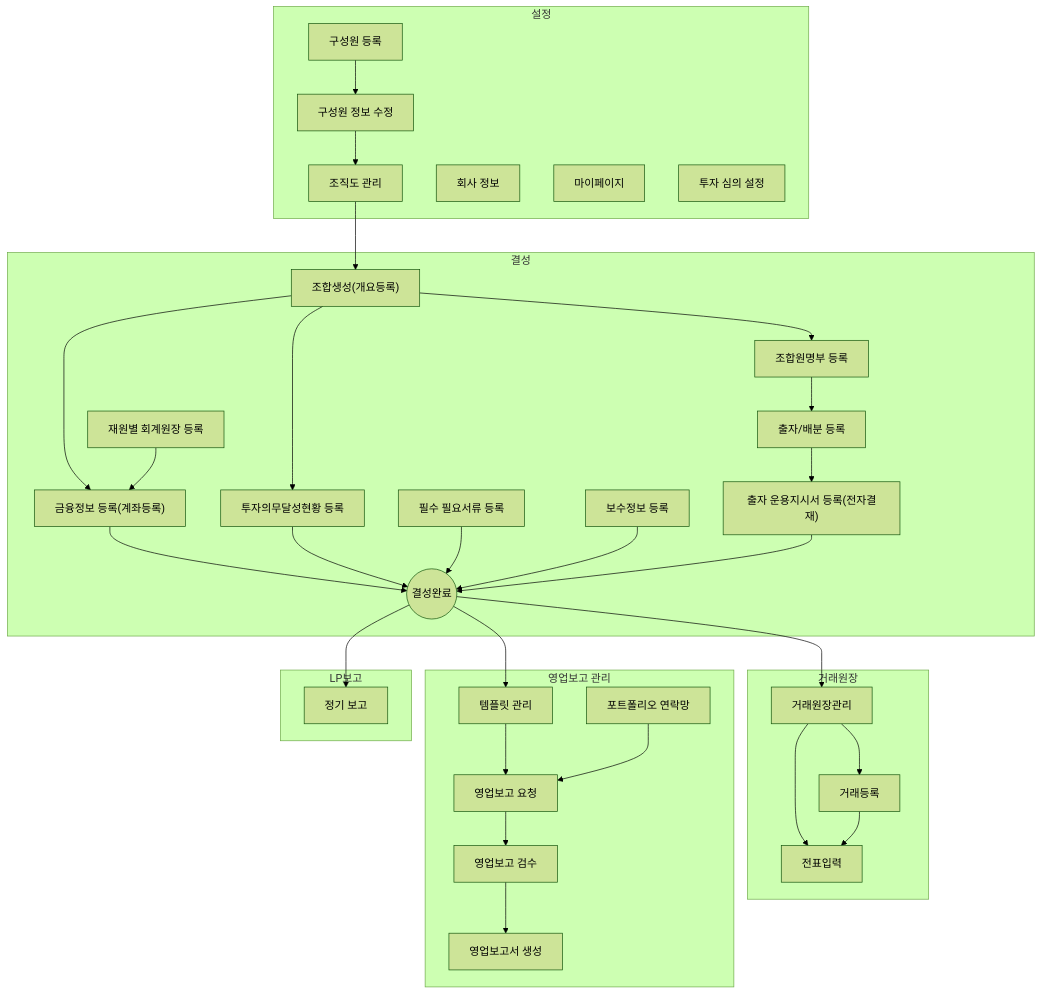
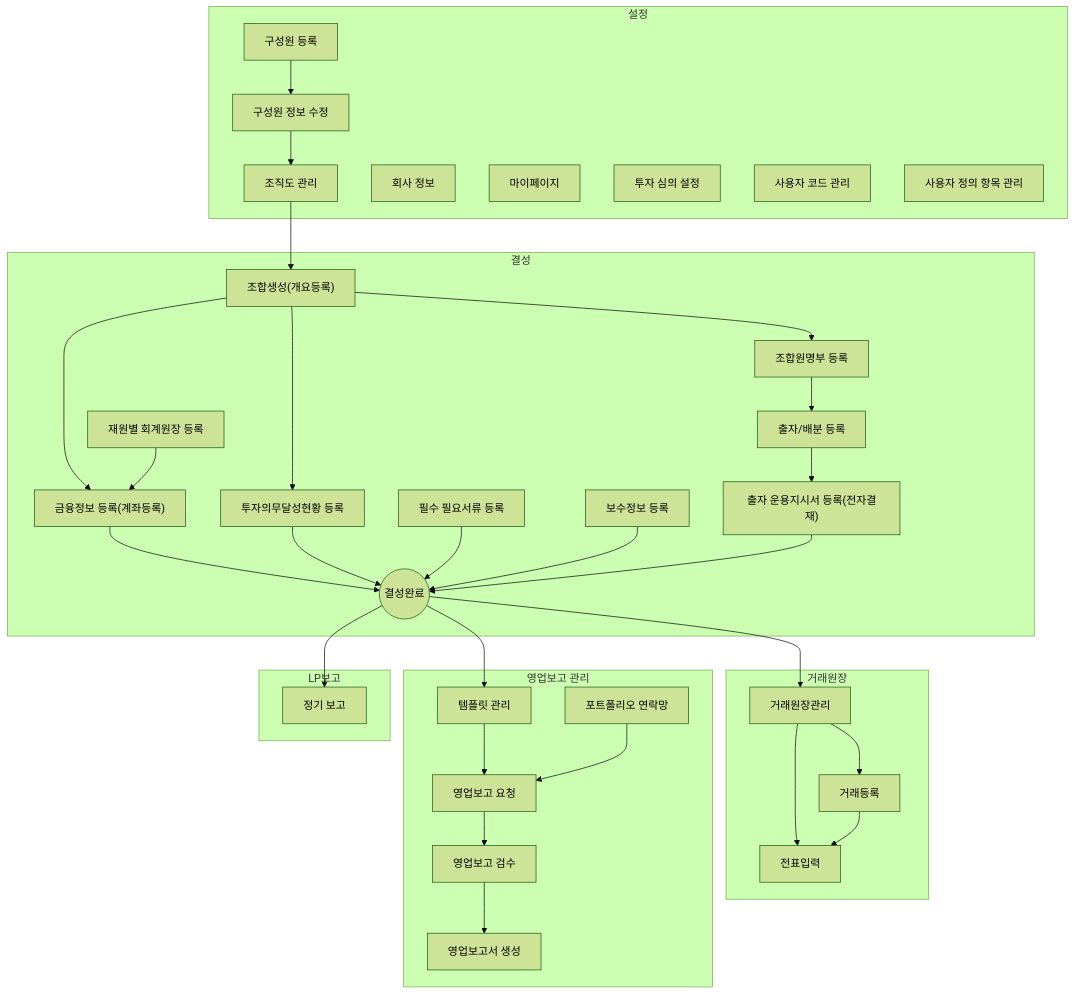
One commit to ddock-ddock/ddock-ddock.github.io changed the diagram in _tabs/manager-start.md. Above: the diagram before and after it, drawn with Mermaid (forest theme). The commit also changed other lines of this file and 12 other files, not shown here.

```diff
--- a/_tabs/manager-start.md
+++ b/_tabs/manager-start.md
@@ -100,6 +100,8 @@
         se0051["회사 정보"]
         my0001["마이페이지"]
         vs_settings["투자 심의 설정"]
+        se0201["사용자 코드 관리"]
+        se0202["사용자 정의 항목 관리"]
   end
  subgraph s2["결성"]
         fd0001["조합생성(개요등록)"]
@@ -156,6 +158,8 @@
     click se0051 "{% post_url 2026-04-21-se0051 %}"
     click my0001 "{% post_url 2026-04-21-my0001 %}"
     click vs_settings "{% post_url 2026-04-21-vs-settings %}"
+    click se0201 "{% post_url 2026-04-21-se0201 %}"
+    click se0202 "{% post_url 2026-04-21-se0202 %}"
     click fd0001 "{% post_url 2024-07-04-fd0001 %}"
     click fd0010 "{% post_url 2024-07-04-fd0010 %}"
     click fd0011 "{% post_url 2024-07-04-fd0011 %}"
```
